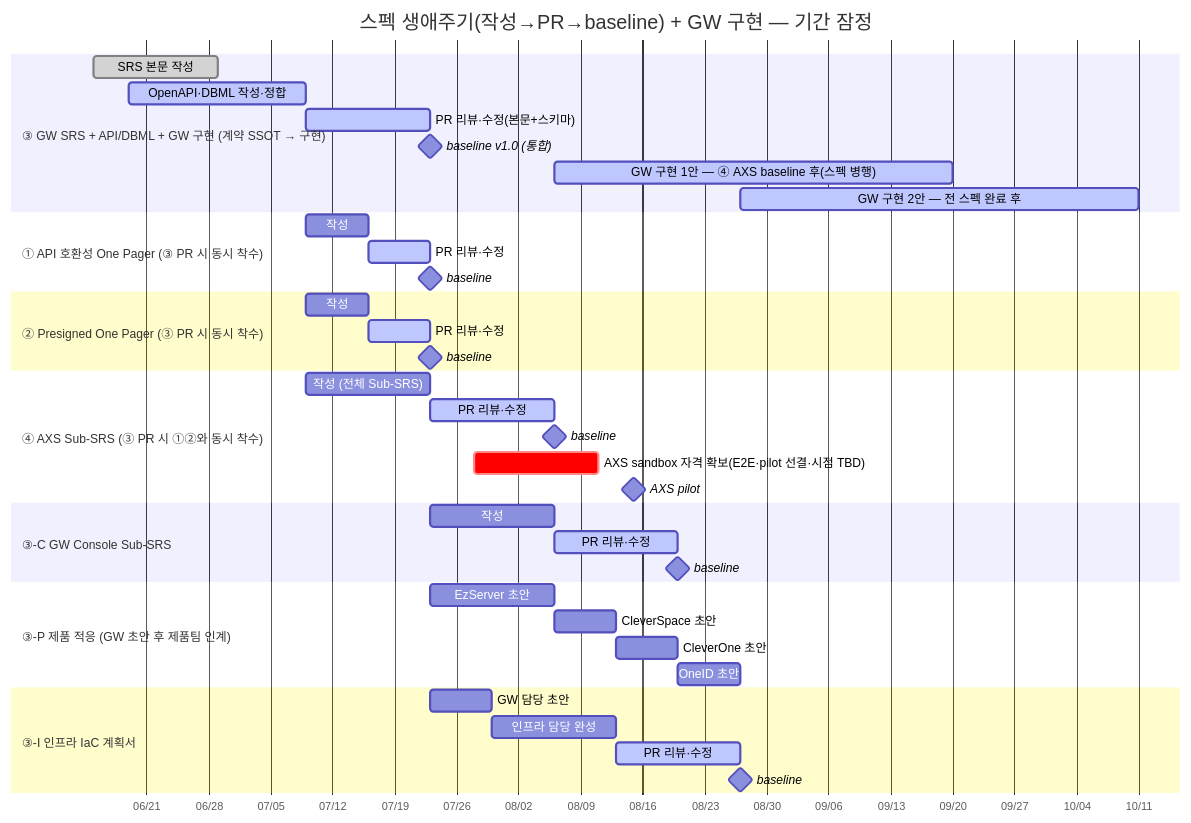
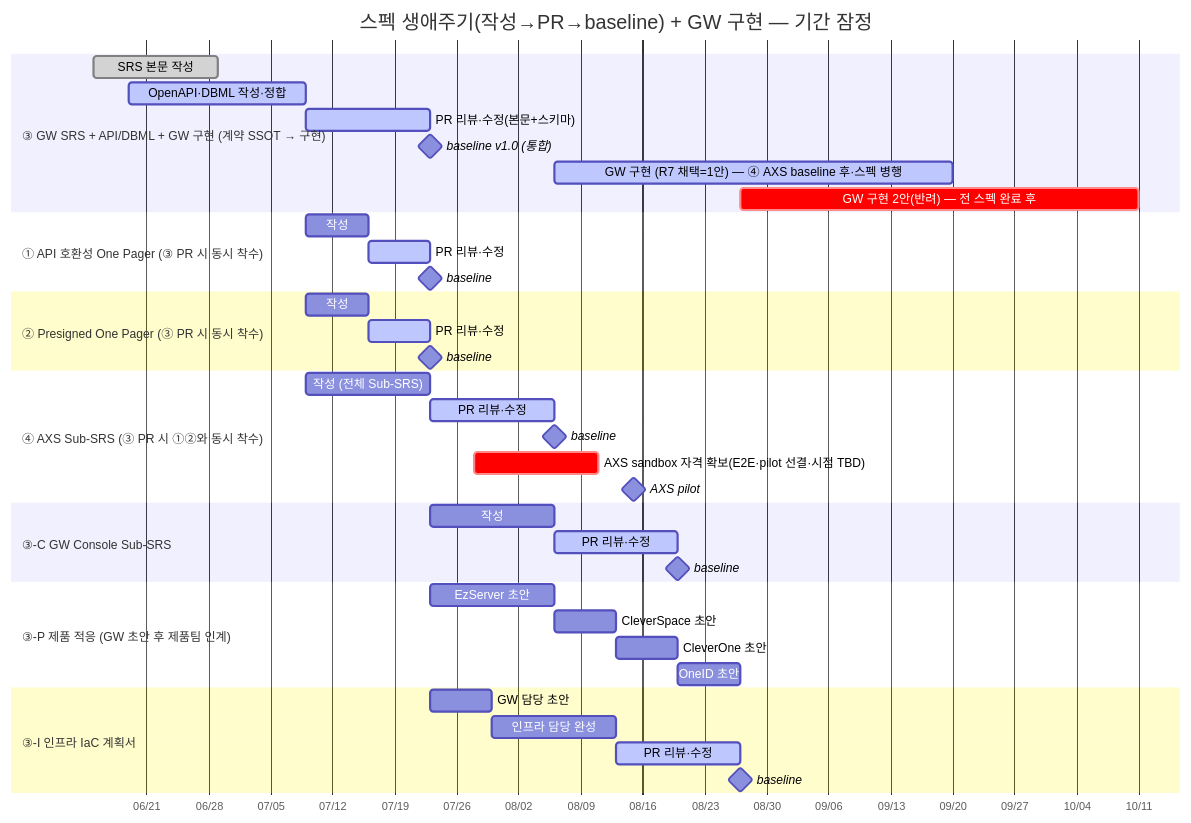
Before and after one commit to gracegyu/scp-architecture: the second of 2 diagrams in docs/VT_API_Gateway/08.VT_API_Gateway/주간회의-Agenda.md, drawn with Mermaid. The commit also changed other lines of this file and 5 other files, not shown here.

````diff
--- a/docs/VT_API_Gateway/08.VT_API_Gateway/주간회의-Agenda.md
+++ b/docs/VT_API_Gateway/08.VT_API_Gateway/주간회의-Agenda.md
@@ -184,49 +184,49 @@
   ```mermaid
   gantt
       title 스펙 생애주기(작성→PR→baseline) + GW 구현 — 기간 잠정
       dateFormat YYYY-MM-DD
       axisFormat %m/%d
       todayMarker stroke-width:3px,stroke:#d33,opacity:0.6
 
       section ③ GW SRS + API/DBML + GW 구현 (계약 SSOT → 구현)
       SRS 본문 작성            :done, srsw, 2026-06-15, 14d
       OpenAPI·DBML 작성·정합   :active, designw, 2026-06-19, 20d
       PR 리뷰·수정(본문+스키마) :active, srspr, 2026-07-09, 14d
       baseline v1.0 (통합)     :milestone, srsbl, after srspr, 0d
-      GW 구현 1안 — ④ AXS baseline 후(스펙 병행) :active, impl1, after axsbl, 45d
-      GW 구현 2안 — 전 스펙 완료 후 :active, impl2, after conbl infbl oidw, 45d
+      GW 구현 (R7 채택=1안) — ④ AXS baseline 후·스펙 병행 :active, impl1, after axsbl, 45d
+      GW 구현 2안(반려) — 전 스펙 완료 후 :crit, impl2, after conbl infbl oidw, 45d
 
       section ① API 호환성 One Pager (③ PR 시 동시 착수)
       작성                  :op1w, 2026-07-09, 7d
       PR 리뷰·수정          :active, op1pr, after op1w, 7d
       baseline              :milestone, op1bl, after op1pr, 0d
 
       section ② Presigned One Pager (③ PR 시 동시 착수)
       작성                  :op2w, 2026-07-09, 7d
       PR 리뷰·수정          :active, op2pr, after op2w, 7d
       baseline              :milestone, op2bl, after op2pr, 0d
 
       section ④ AXS Sub-SRS (③ PR 시 ①②와 동시 착수)
       작성 (전체 Sub-SRS)    :axsw, 2026-07-09, 14d
       PR 리뷰·수정          :active, axspr, after axsw, 14d
       baseline              :milestone, axsbl, after axspr, 0d
       AXS sandbox 자격 확보(E2E·pilot 선결·시점 TBD) :crit, cred, 2026-07-28, 14d
       AXS pilot             :milestone, pilot, 2026-08-15, 0d
 
       section ③-C GW Console Sub-SRS
       작성                  :conw, after srsbl, 14d
       PR 리뷰·수정          :active, conpr, after conw, 14d
       baseline              :milestone, conbl, after conpr, 0d
 
       section ③-P 제품 적응 (GW 초안 후 제품팀 인계)
       EzServer 초안         :ezw, after srsbl, 14d
       CleverSpace 초안      :csw, after ezw, 7d
       CleverOne 초안        :cow, after csw, 7d
       OneID 초안            :oidw, after cow, 7d
 
       section ③-I 인프라 IaC 계획서
       GW 담당 초안          :infw1, after srsbl, 7d
       인프라 담당 완성       :infw2, after infw1, 14d
       PR 리뷰·수정          :active, infpr, after infw2, 14d
       baseline              :milestone, infbl, after infpr, 0d
   ```
````
